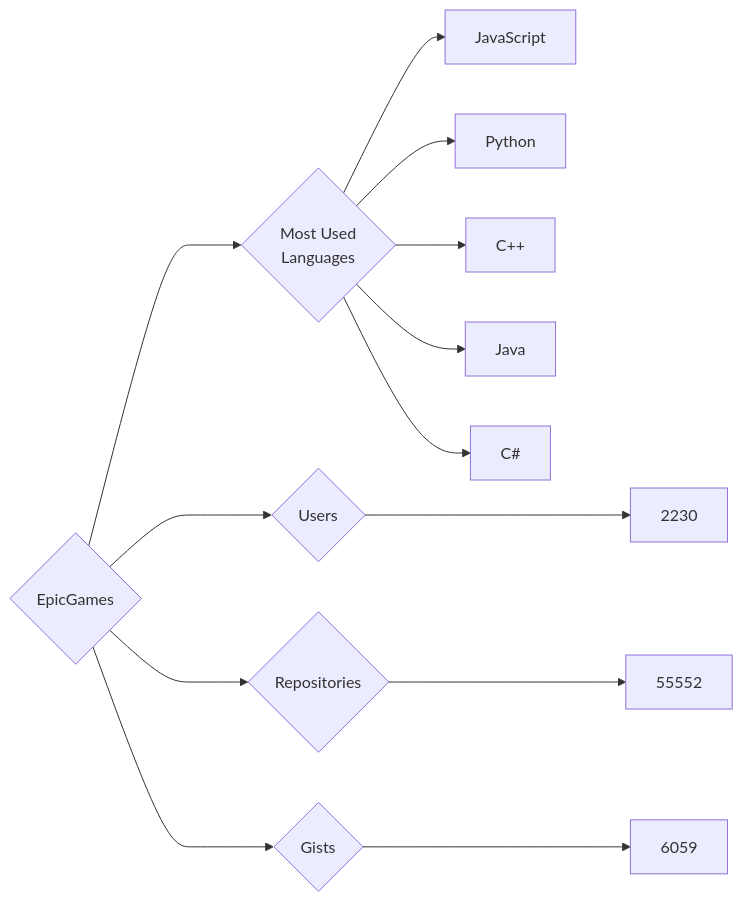
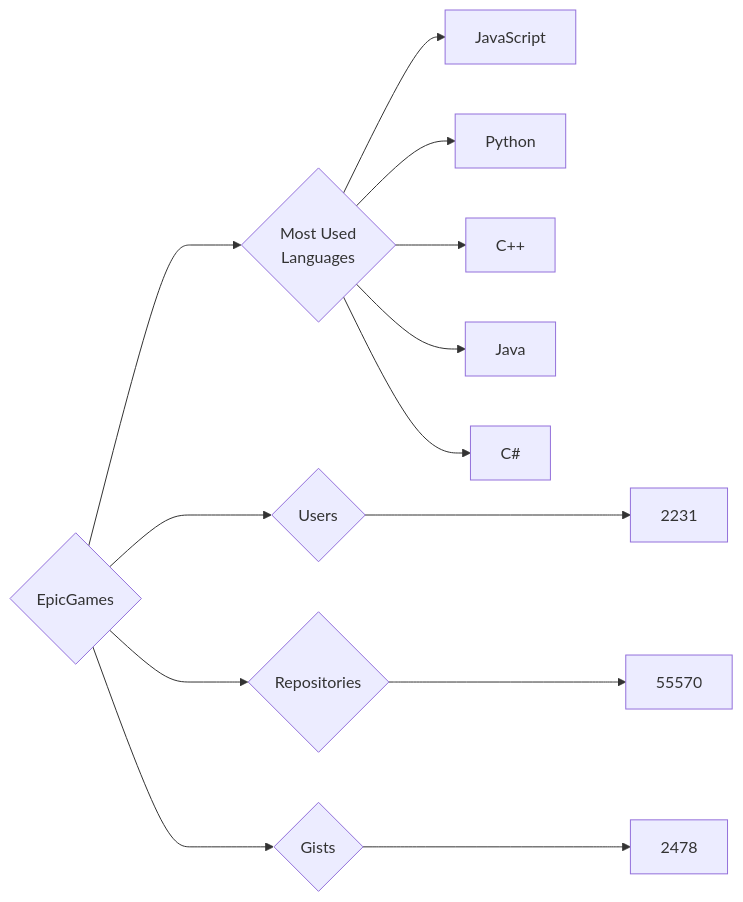
Before and after one commit to trickest/insiders: the diagram in targets/EpicGames/README.md, drawn with Mermaid. The commit also changed 972 other files, not shown here.

````diff
--- a/targets/EpicGames/README.md
+++ b/targets/EpicGames/README.md
@@ -3,13 +3,13 @@
 ```mermaid
 graph LR
 COMPANY_NAME{EpicGames}
-COMPANY_NAME ---> U{Users} ---> UN[2230]
-COMPANY_NAME ---> R{Repositories} ---> RN[55552]
-COMPANY_NAME ---> G{Gists} ---> GN[6059]
+COMPANY_NAME ---> U{Users} ---> UN[2231]
+COMPANY_NAME ---> R{Repositories} ---> RN[55570]
+COMPANY_NAME ---> G{Gists} ---> GN[2478]
 COMPANY_NAME ---> ML{Most Used<br>Languages}
 ML --> JavaScript[JavaScript]
 ML --> Python[Python]
 ML --> C++[C++]
 ML --> Java[Java]
 ML --> C#[C#]
 ```
````
